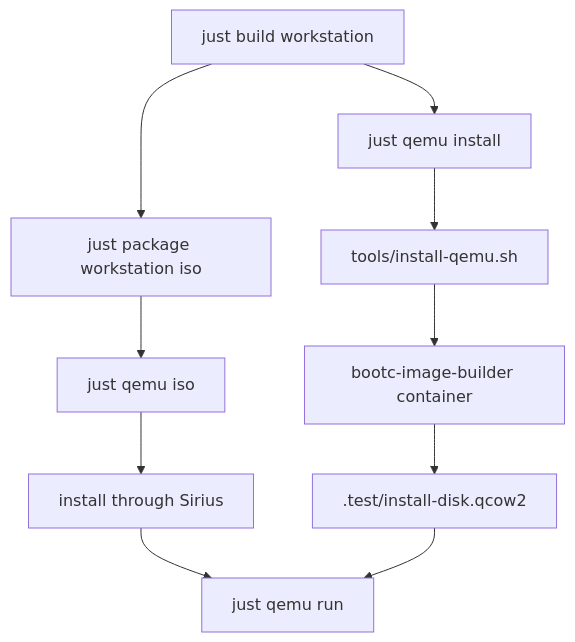
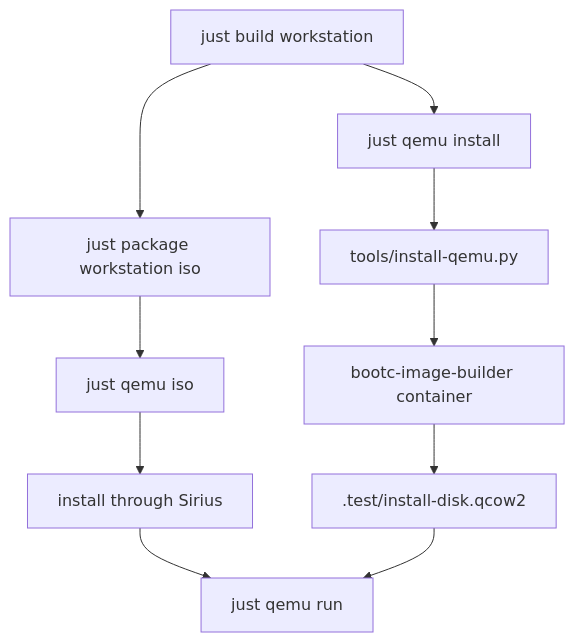
Diagram 12 of 14 in ARCHITECTURE.md (luminusOS/images), drawn with Mermaid before and after one commit. The commit also changed other lines of this file and 102 other files, not shown here.

````diff
--- a/ARCHITECTURE.md
+++ b/ARCHITECTURE.md
@@ -564,16 +564,16 @@
 ```mermaid
 flowchart TD
     Build["just build workstation"]
     PackageISO["just package workstation iso"]
     QemuISO["just qemu iso"]
     ManualInstall["install through Sirius"]
     QemuRun["just qemu run"]
 
     DirectInstall["just qemu install"]
-    InstallScript["tools/install-qemu.sh"]
+    InstallScript["tools/install-qemu.py"]
     BIB["bootc-image-builder container"]
     Disk[".test/install-disk.qcow2"]
 
     Build --> PackageISO --> QemuISO --> ManualInstall --> QemuRun
     Build --> DirectInstall --> InstallScript --> BIB --> Disk --> QemuRun
 ```
````
